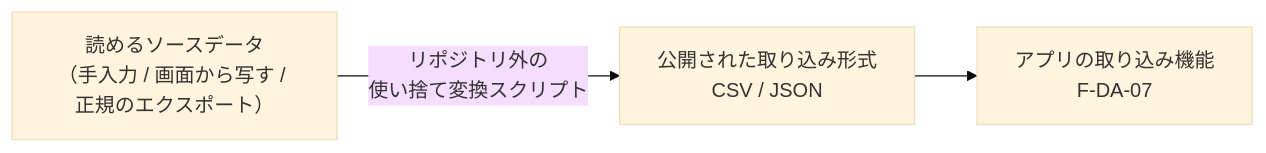
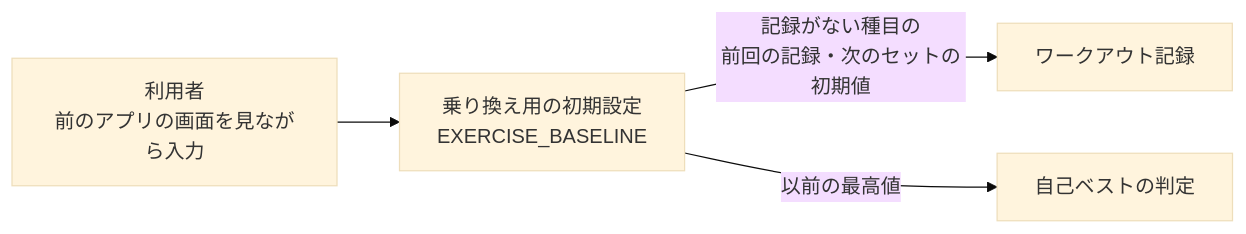
The third of 5 diagrams in apps/training-log/docs/requirements.md (o-TAT-o/inventory), drawn with Mermaid (base theme) before and after one commit. The commit also changed other lines of this file and 2 other files, not shown here.

````diff
--- a/apps/training-log/docs/requirements.md
+++ b/apps/training-log/docs/requirements.md
@@ -444,5 +457,6 @@
 ```mermaid
 flowchart LR
-  SRC[読めるソースデータ<br/>（手入力 / 画面から写す / 正規のエクスポート）] -->|リポジトリ外の<br/>使い捨て変換スクリプト| FMT[公開された取り込み形式<br/>CSV / JSON]
-  FMT --> APP[アプリの取り込み機能<br/>F-DA-07]
+  USER[利用者<br/>前のアプリの画面を見ながら入力] --> BASE[乗り換え用の初期設定<br/>EXERCISE_BASELINE]
+  BASE -->|記録がない種目の<br/>前回の記録・次のセットの初期値| WO[ワークアウト記録]
+  BASE -->|以前の最高値| PB[自己ベストの判定]
 ```
````
